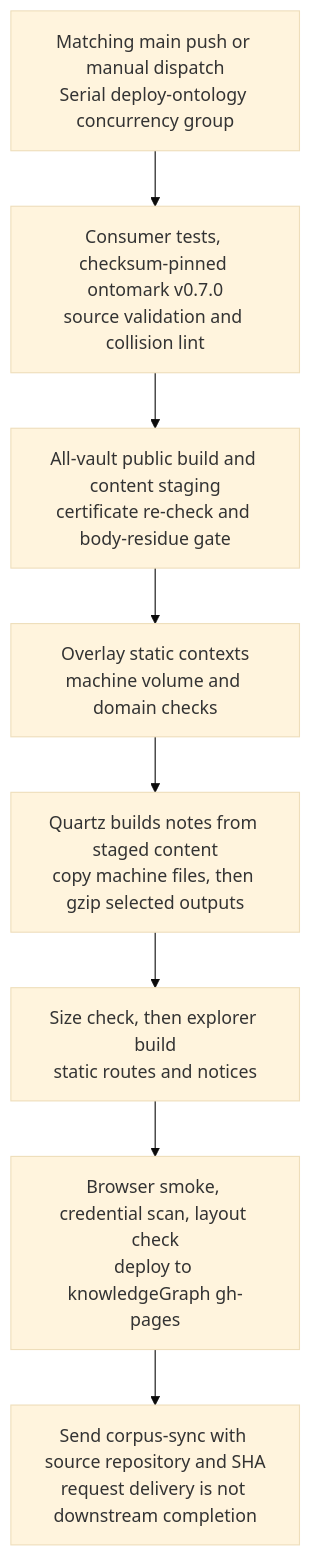
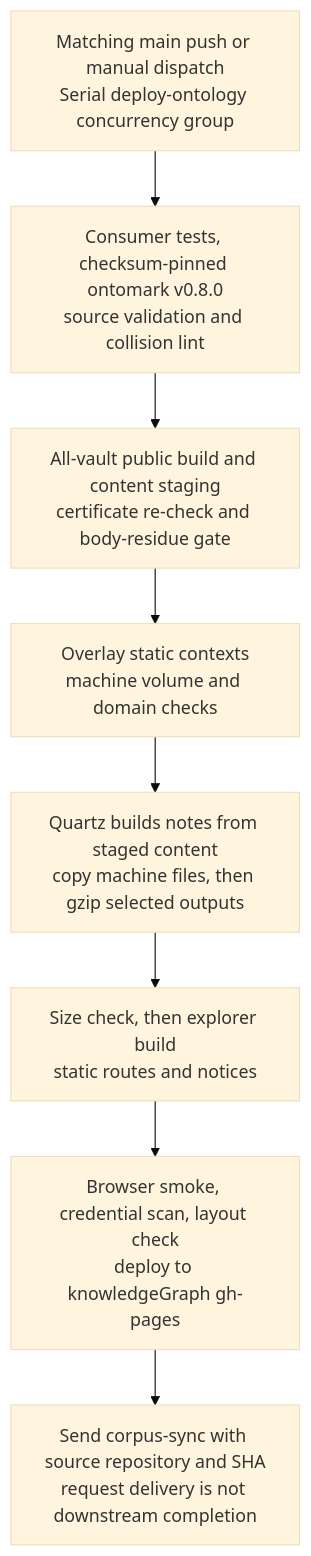
The first of 4 diagrams in docs/diagrams/visiongraph/03-publish-pipeline-and-explorer-build.md (DreamLab-AI/VisionFlow), drawn with Mermaid (base theme) before and after one commit. The commit also changed other lines of this file and 49 other files, not shown here.

First line of the commit message:
docs(diagrams): re-derive and re-stamp VisionClaw, estate, knowledge-graph, visionGraph, VisionFlow and sidestr topics

````diff
--- a/docs/diagrams/visiongraph/03-publish-pipeline-and-explorer-build.md
+++ b/docs/diagrams/visiongraph/03-publish-pipeline-and-explorer-build.md
@@ -31,24 +31,24 @@
 ```mermaid
 flowchart TB
     START["Matching main push or manual dispatch<br/>Serial deploy-ontology concurrency group"]
-    CLI["Consumer tests, checksum-pinned ontomark v0.7.0<br/>source validation and collision lint"]
+    CLI["Consumer tests, checksum-pinned ontomark v0.8.0<br/>source validation and collision lint"]
     BUILD["All-vault public build and content staging<br/>certificate re-check and body-residue gate"]
     DATA["Overlay static contexts<br/>machine volume and domain checks"]
     NOTES["Quartz builds notes from staged content<br/>copy machine files, then gzip selected outputs"]
     SPA["Size check, then explorer build<br/>static routes and notices"]
     FINAL["Browser smoke, credential scan, layout check<br/>deploy to knowledgeGraph gh-pages"]
     EVENT["Send corpus-sync with source repository and SHA<br/>request delivery is not downstream completion"]
     START --> CLI --> BUILD --> DATA --> NOTES --> SPA --> FINAL --> EVENT
     %% Source: .github/workflows/publish.yml:20
     %% Source: .github/workflows/publish.yml:37
     %% Source: .github/workflows/publish.yml:48
     %% Source: .github/workflows/publish.yml:88
     %% Source: .github/workflows/publish.yml:144
-    %% Source: .github/workflows/publish.yml:175
-    %% Source: .github/workflows/publish.yml:217
-    %% Source: .github/workflows/publish.yml:248
-    %% Source: .github/workflows/publish.yml:261
-    %% Source: .github/workflows/publish.yml:331
-    %% Source: .github/workflows/publish.yml:375
-    %% Source: .github/workflows/publish.yml:536
+    %% Source: .github/workflows/publish.yml:174
+    %% Source: .github/workflows/publish.yml:216
+    %% Source: .github/workflows/publish.yml:245
+    %% Source: .github/workflows/publish.yml:260
+    %% Source: .github/workflows/publish.yml:332
+    %% Source: .github/workflows/publish.yml:384
+    %% Source: .github/workflows/publish.yml:545
 ```
````
